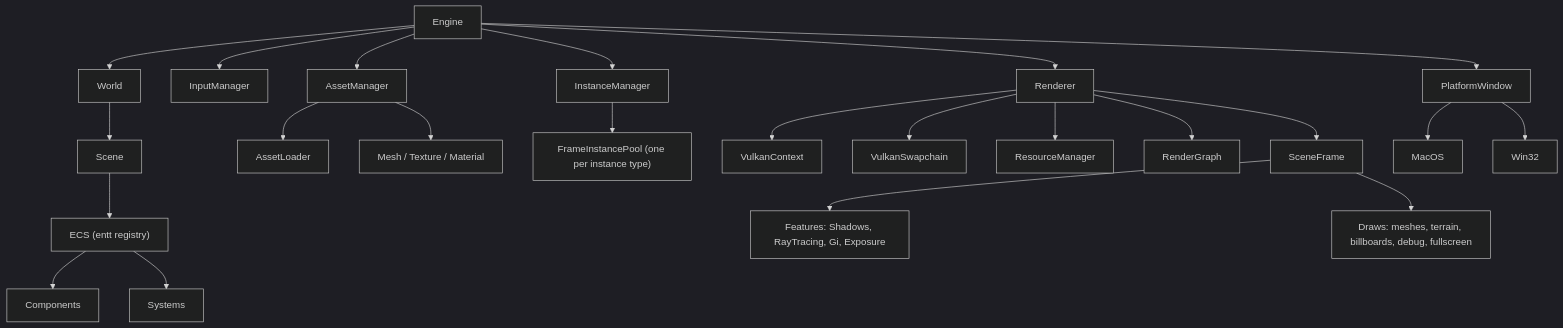
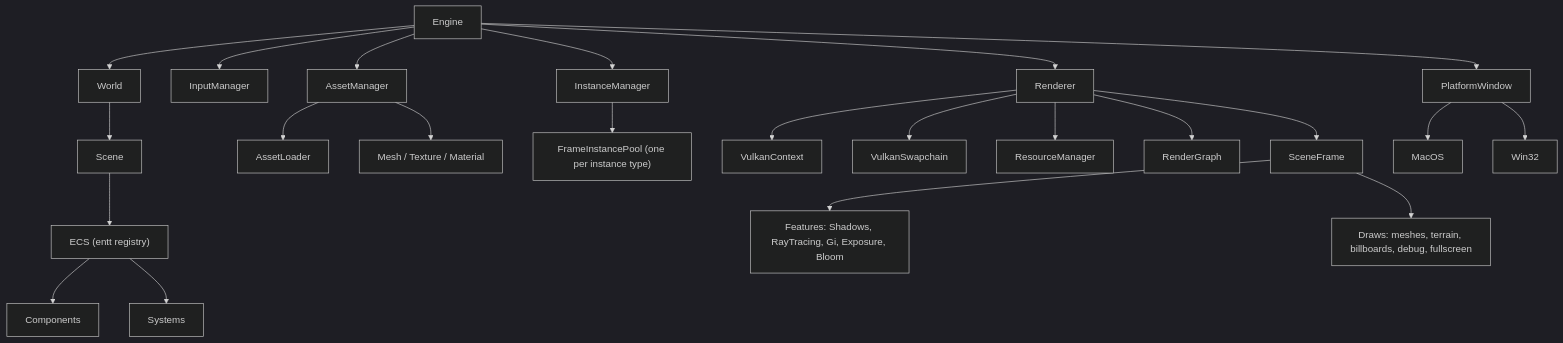
One commit to Batap2/Batap-Engine changed the first of 4 diagrams in docs/engine.md. Above: the diagram before and after it, drawn with Mermaid (dark theme). The commit also changed other lines of this file and 13 other files, not shown here.

````diff
--- a/docs/engine.md
+++ b/docs/engine.md
@@ -5,30 +5,30 @@
 ```mermaid
 graph TD
     Engine --> World
     Engine --> Input[InputManager]
     Engine --> AM[AssetManager]
     Engine --> IM[InstanceManager]
     Engine --> R[Renderer]
     Engine --> P[PlatformWindow]
 
     World --> Scene
     Scene --> ECS["ECS (entt registry)"]
     ECS --> C[Components]
     ECS --> S[Systems]
 
     AM --> AL[AssetLoader]
     AM --> AD["Mesh / Texture / Material"]
 
     IM --> Pool["FrameInstancePool (one per instance type)"]
 
     R --> Ctx[VulkanContext]
     R --> Swap[VulkanSwapchain]
     R --> Res[ResourceManager]
     R --> Graph[RenderGraph]
     R --> SF[SceneFrame]
-    SF --> Feat["Features: Shadows, RayTracing, Gi, Exposure"]
+    SF --> Feat["Features: Shadows, RayTracing, Gi, Exposure, Bloom"]
     SF --> Draws["Draws: meshes, terrain, billboards, debug, fullscreen"]
 
     P --> Mac[MacOS]
     P --> Win[Win32]
 ```
````
